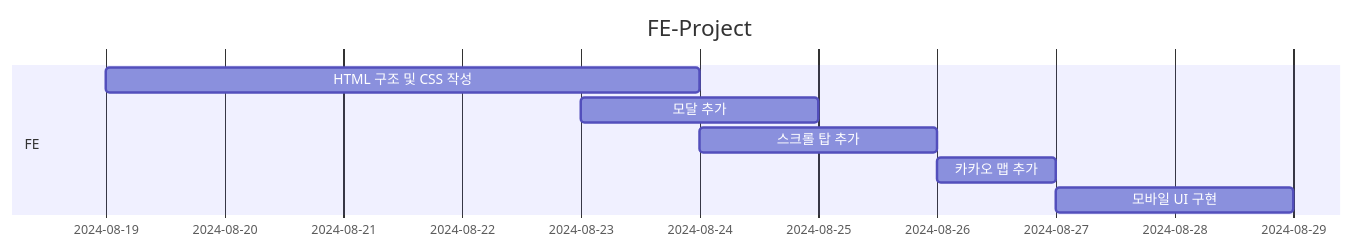
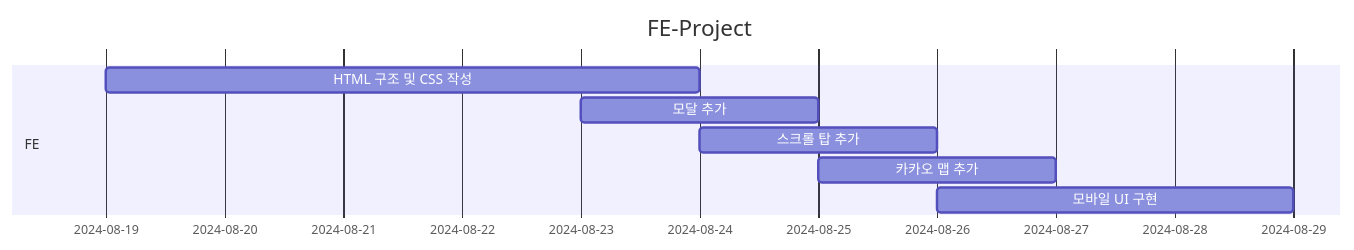
Before and after one commit to kkwggwp/kkwggwp.github.io: the diagram in README.md, drawn with Mermaid.

````diff
--- a/README.md
+++ b/README.md
@@ -55,14 +55,14 @@
 ```mermaid
 gantt
     title FE-Project
     dateFormat YYYY-MM-DD
     axisFormat  %Y-%m-%d
     
     section FE
         HTML 구조 및 CSS 작성:2024-08-19, 5d
         모달 추가:2024-08-23, 2d
         스크롤 탑 추가:2024-08-24, 2d
-        카카오 맵 추가:2024-08-26, 1d
-        모바일 UI 구현:2024-08-27, 2d
+        카카오 맵 추가:2024-08-25, 2d
+        모바일 UI 구현:2024-08-26, 3d
        
 ```
````
